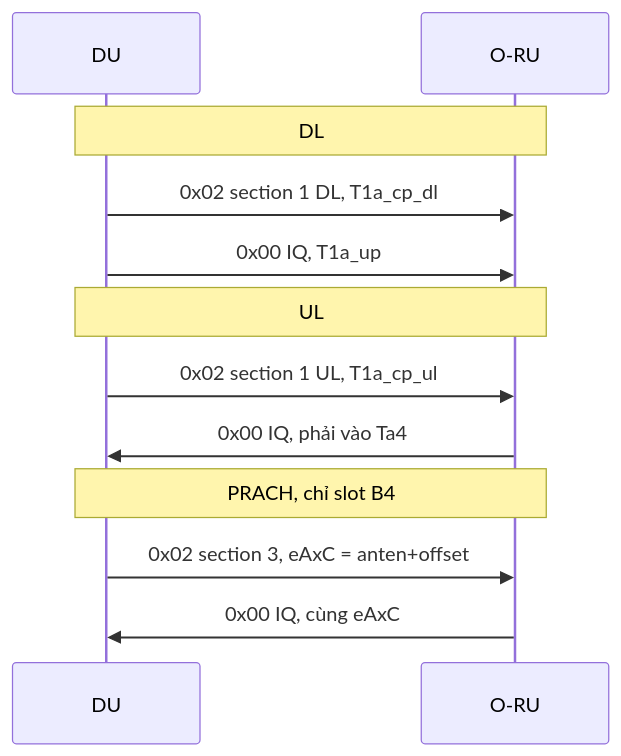
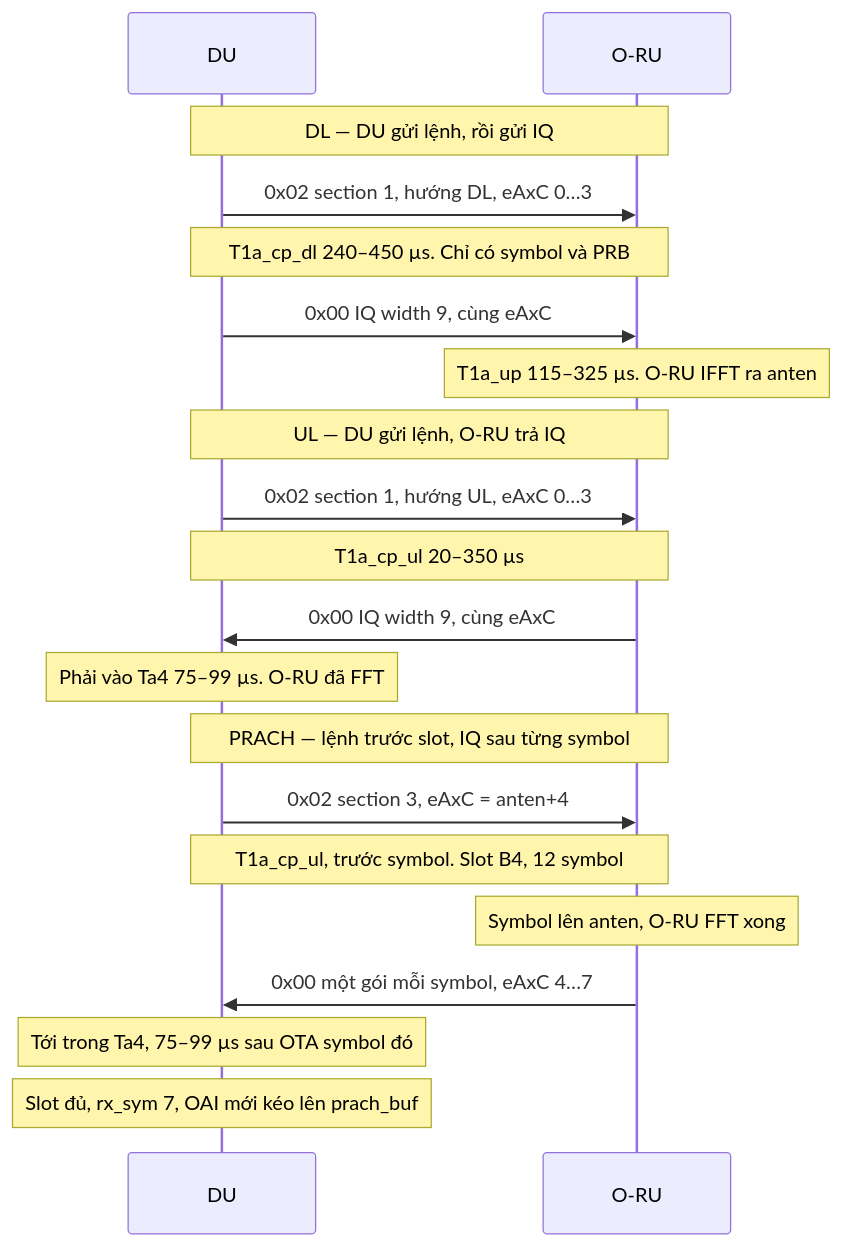
Before and after one commit to tuanla1710/ran-study: the diagram in gNB_eCPRI_knowlege.md, drawn with Mermaid. The commit also changed other lines of this file, not shown here.

````diff
--- a/gNB_eCPRI_knowlege.md
+++ b/gNB_eCPRI_knowlege.md
@@ -21,17 +13,25 @@
 ```mermaid
 sequenceDiagram
   participant DU
   participant RU as O-RU
 
-  Note over DU,RU: DL
-  DU->>RU: 0x02 section 1 DL, T1a_cp_dl
-  DU->>RU: 0x00 IQ, T1a_up
+  Note over DU,RU: DL — DU gửi lệnh, rồi gửi IQ
+  DU->>RU: 0x02 section 1, hướng DL, eAxC 0…3
+  Note over DU,RU: T1a_cp_dl 240–450 µs. Chỉ có symbol và PRB
+  DU->>RU: 0x00 IQ width 9, cùng eAxC
+  Note over RU: T1a_up 115–325 µs. O-RU IFFT ra anten
 
-  Note over DU,RU: UL
-  DU->>RU: 0x02 section 1 UL, T1a_cp_ul
-  RU->>DU: 0x00 IQ, phải vào Ta4
+  Note over DU,RU: UL — DU gửi lệnh, O-RU trả IQ
+  DU->>RU: 0x02 section 1, hướng UL, eAxC 0…3
+  Note over DU,RU: T1a_cp_ul 20–350 µs
+  RU->>DU: 0x00 IQ width 9, cùng eAxC
+  Note over DU: Phải vào Ta4 75–99 µs. O-RU đã FFT
 
-  Note over DU,RU: PRACH, chỉ slot B4
-  DU->>RU: 0x02 section 3, eAxC = anten+offset
-  RU->>DU: 0x00 IQ, cùng eAxC
+  Note over DU,RU: PRACH — lệnh trước slot, IQ sau từng symbol
+  DU->>RU: 0x02 section 3, eAxC = anten+4
+  Note over DU,RU: T1a_cp_ul, trước symbol. Slot B4, 12 symbol
+  Note over RU: Symbol lên anten, O-RU FFT xong
+  RU->>DU: 0x00 một gói mỗi symbol, eAxC 4…7
+  Note over DU: Tới trong Ta4, 75–99 µs sau OTA symbol đó
+  Note over DU: Slot đủ, rx_sym 7, OAI mới kéo lên prach_buf
 ```
````
